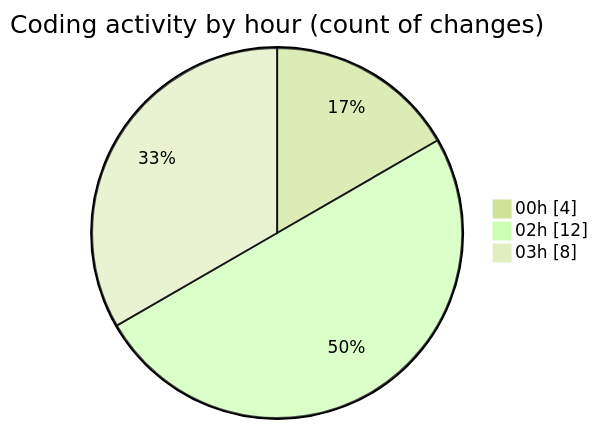
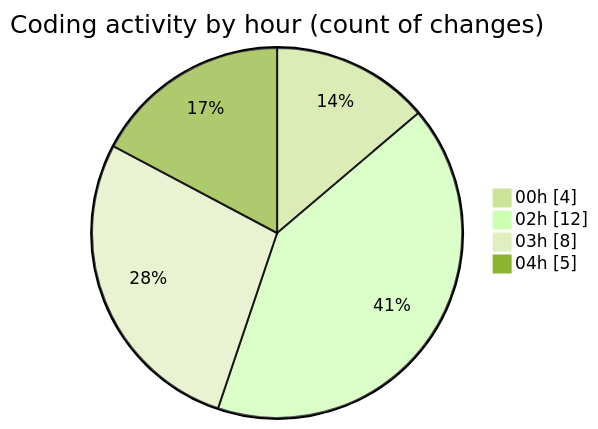
Before and after one commit to EIIisD/code-tracking: the second of 2 diagrams in 2025-07-24/_claude/README.md, drawn with Mermaid (forest theme). The commit also changed other lines of this file and 1 other file, not shown here.

````diff
--- a/2025-07-24/_claude/README.md
+++ b/2025-07-24/_claude/README.md
@@ -32,7 +32,8 @@
 ```mermaid
 pie showData
 title Coding activity by hour (count of changes)
 "00h" : 4
 "02h" : 12
 "03h" : 8
+"04h" : 5
 ```
````
